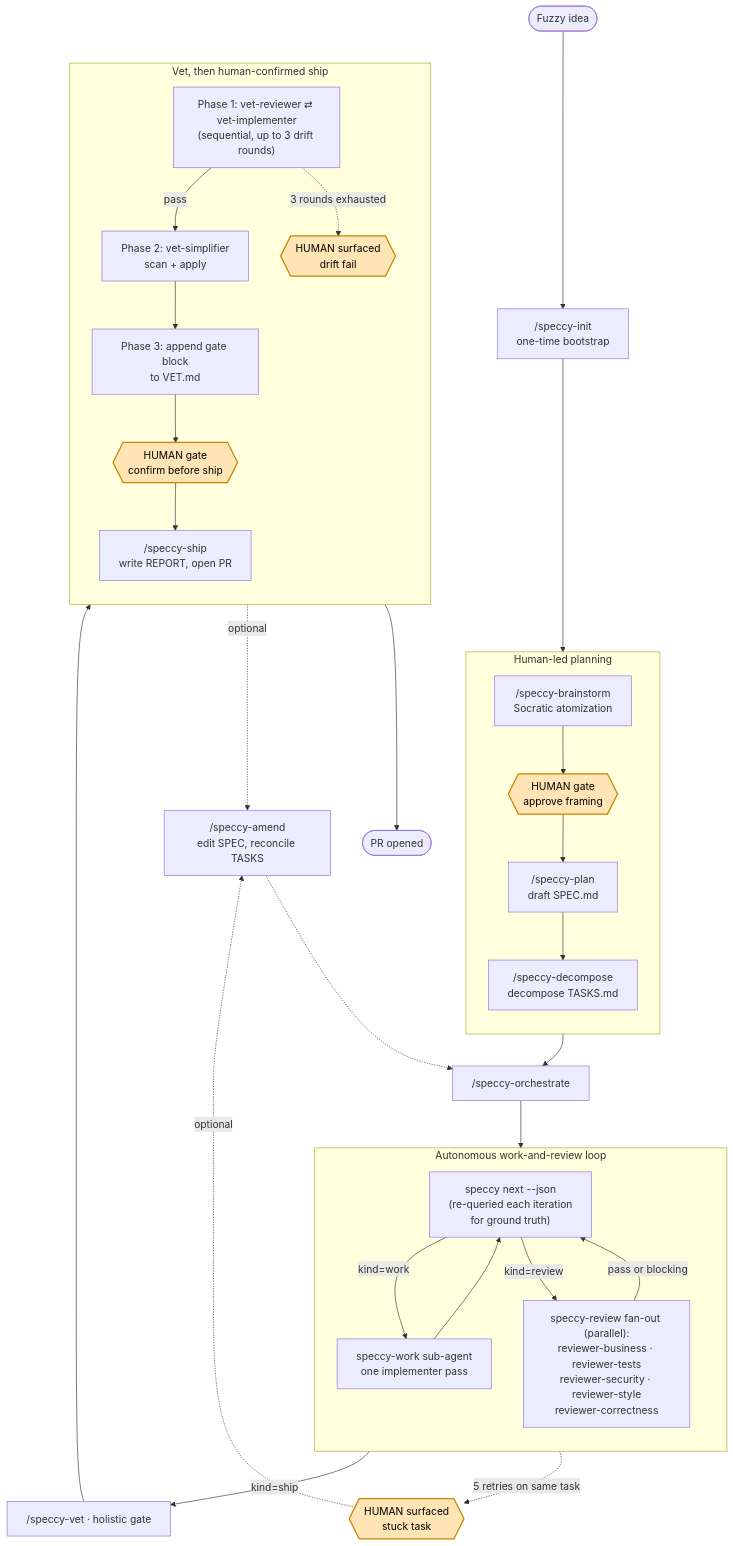
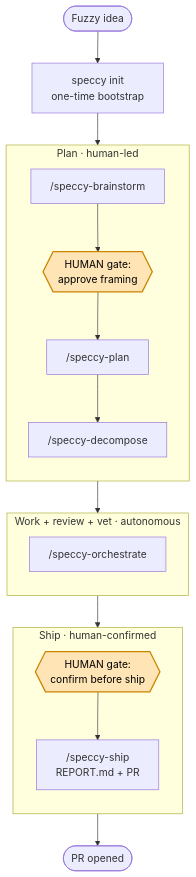
Before and after one commit to kvnxiao/speccy: the diagram in README.md, drawn with Mermaid. The commit also changed other lines of this file and 20 other files, not shown here.

````diff
--- a/README.md
+++ b/README.md
@@ -220,52 +86,33 @@
 ```mermaid
 flowchart TD
-    Start([Fuzzy idea]) --> Init["/speccy-init<br/>one-time bootstrap"]
+    Idea([Fuzzy idea]) --> Init["speccy init<br/>one-time bootstrap"]
 
-    subgraph Plan_zone [Human-led planning]
+    subgraph Plan [Plan · human-led]
       direction TB
-      Brain["/speccy-brainstorm<br/>Socratic atomization"]
-      BrainGate{{HUMAN gate<br/>approve framing}}
-      PlanCmd["/speccy-plan<br/>draft SPEC.md"]
-      TasksCmd["/speccy-decompose<br/>decompose TASKS.md"]
-      Brain --> BrainGate --> PlanCmd --> TasksCmd
+      Brain["/speccy-brainstorm"]
+      G1{{HUMAN gate:<br/>approve framing}}
+      PlanCmd["/speccy-plan"]
+      Decomp["/speccy-decompose"]
+      Brain --> G1 --> PlanCmd --> Decomp
+    end
+
+    subgraph Loop [Work + review + vet · autonomous]
+      direction TB
+      Orch["/speccy-orchestrate"]
+    end
+
+    subgraph Ship [Ship · human-confirmed]
+      direction TB
+      G2{{HUMAN gate:<br/>confirm before ship}}
+      ShipCmd["/speccy-ship<br/>REPORT.md + PR"]
+      G2 --> ShipCmd
     end
 
     Init --> Brain
-    TasksCmd --> Orch["/speccy-orchestrate"]
-
-    subgraph Auto_zone [Autonomous work-and-review loop]
-      direction TB
-      NextQ["speccy next --json<br/>(re-queried each iteration<br/>for ground truth)"]
-      Work["speccy-work sub-agent<br/>one implementer pass"]
-      ReviewFan["speccy-review fan-out (parallel):<br/>reviewer-business · reviewer-tests<br/>reviewer-security · reviewer-style<br/>reviewer-correctness"]
-      NextQ -->|kind=work| Work
-      Work --> NextQ
-      NextQ -->|kind=review| ReviewFan
-      ReviewFan -->|pass or blocking| NextQ
-    end
-
-    Orch --> NextQ
-    ReviewFan -.->|5 retries on same task| Stuck{{HUMAN surfaced<br/>stuck task}}
-    NextQ -->|kind=ship| Vet["/speccy-vet · holistic gate"]
-
-    subgraph Ship_zone [Vet, then human-confirmed ship]
-      direction TB
-      Drift["Phase 1: vet-reviewer ⇄ vet-implementer<br/>(sequential, up to 3 drift rounds)"]
-      Simp["Phase 2: vet-simplifier<br/>scan + apply"]
-      Gate["Phase 3: append gate block<br/>to VET.md"]
-      ShipGate{{HUMAN gate<br/>confirm before ship}}
-      Ship["/speccy-ship<br/>write REPORT, open PR"]
-      Drift -->|pass| Simp --> Gate --> ShipGate --> Ship
-      Drift -.->|3 rounds exhausted| DriftFail{{HUMAN surfaced<br/>drift fail}}
-    end
-
-    Vet --> Drift
-    Ship --> Done([PR opened])
-
-    Stuck -.->|optional| Amend["/speccy-amend<br/>edit SPEC, reconcile TASKS"]
-    DriftFail -.->|optional| Amend
-    Amend -.-> Orch
+    Decomp --> Orch
+    Orch --> G2
+    ShipCmd --> Done([PR opened])
 
     classDef human fill:#ffe4b5,stroke:#cc8400,stroke-width:2px,color:#000
-    class BrainGate,Stuck,DriftFail,ShipGate human
+    class G1,G2 human
 ```
````
